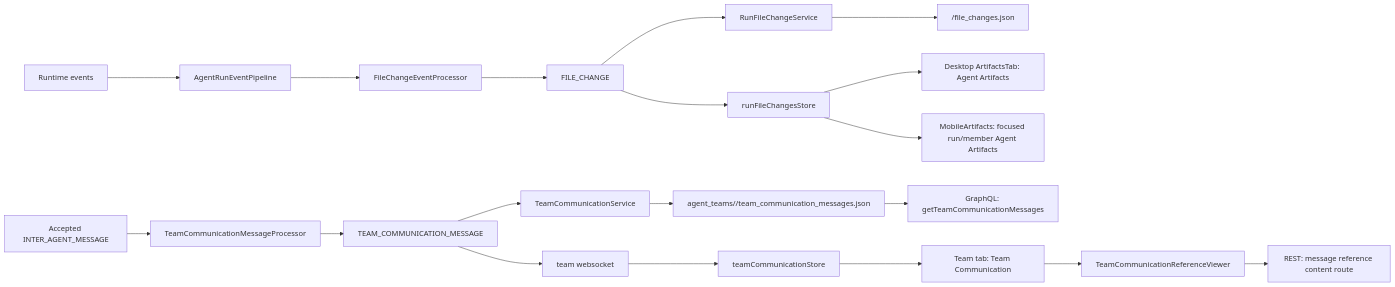
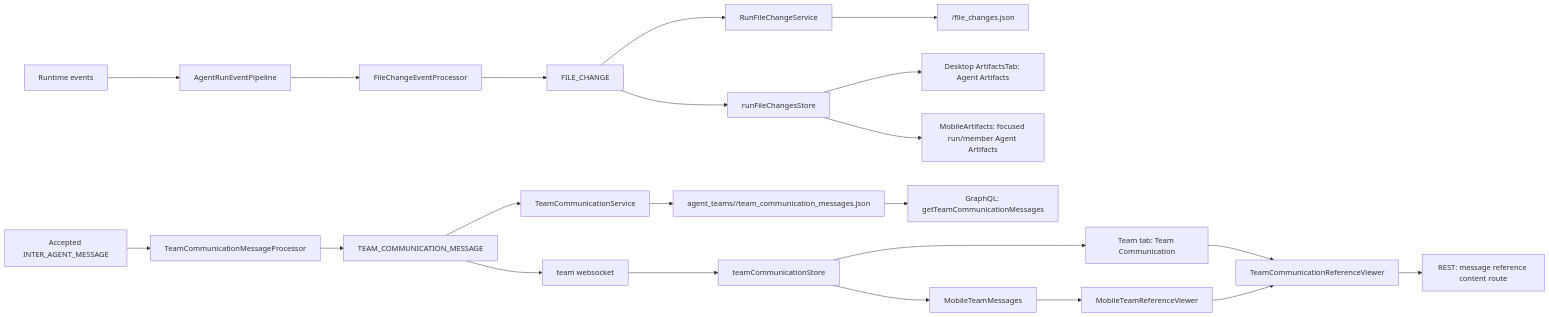
One commit to AutoByteus/autobyteus-workspace changed the diagram in autobyteus-web/docs/agent_artifacts.md. Above: the diagram before and after it, drawn with Mermaid. The commit also changed other lines of this file and 33 other files, not shown here.

Commit message:
feat(mobile): support file and reference controls

````diff
--- a/autobyteus-web/docs/agent_artifacts.md
+++ b/autobyteus-web/docs/agent_artifacts.md
@@ -105,22 +110,25 @@
 ```mermaid
 flowchart LR
   A[Runtime events] --> B[AgentRunEventPipeline]
   B --> C[FileChangeEventProcessor]
   C --> D[FILE_CHANGE]
   D --> E[RunFileChangeService]
   E --> F[<run-memory-dir>/file_changes.json]
   D --> G[runFileChangesStore]
   G --> H[Desktop ArtifactsTab: Agent Artifacts]
   G --> U[MobileArtifacts: focused run/member Agent Artifacts]
 
   I[Accepted INTER_AGENT_MESSAGE] --> J[TeamCommunicationMessageProcessor]
   J --> K[TEAM_COMMUNICATION_MESSAGE]
   K --> L[TeamCommunicationService]
   L --> N[agent_teams/<teamRunId>/team_communication_messages.json]
   K --> M[team websocket]
   M --> P[teamCommunicationStore]
   N --> O[GraphQL: getTeamCommunicationMessages]
   P --> R[Team tab: Team Communication]
   R --> S[TeamCommunicationReferenceViewer]
   S --> T[REST: message reference content route]
+  P --> V[MobileTeamMessages]
+  V --> W[MobileTeamReferenceViewer]
+  W --> S
 ```
````
